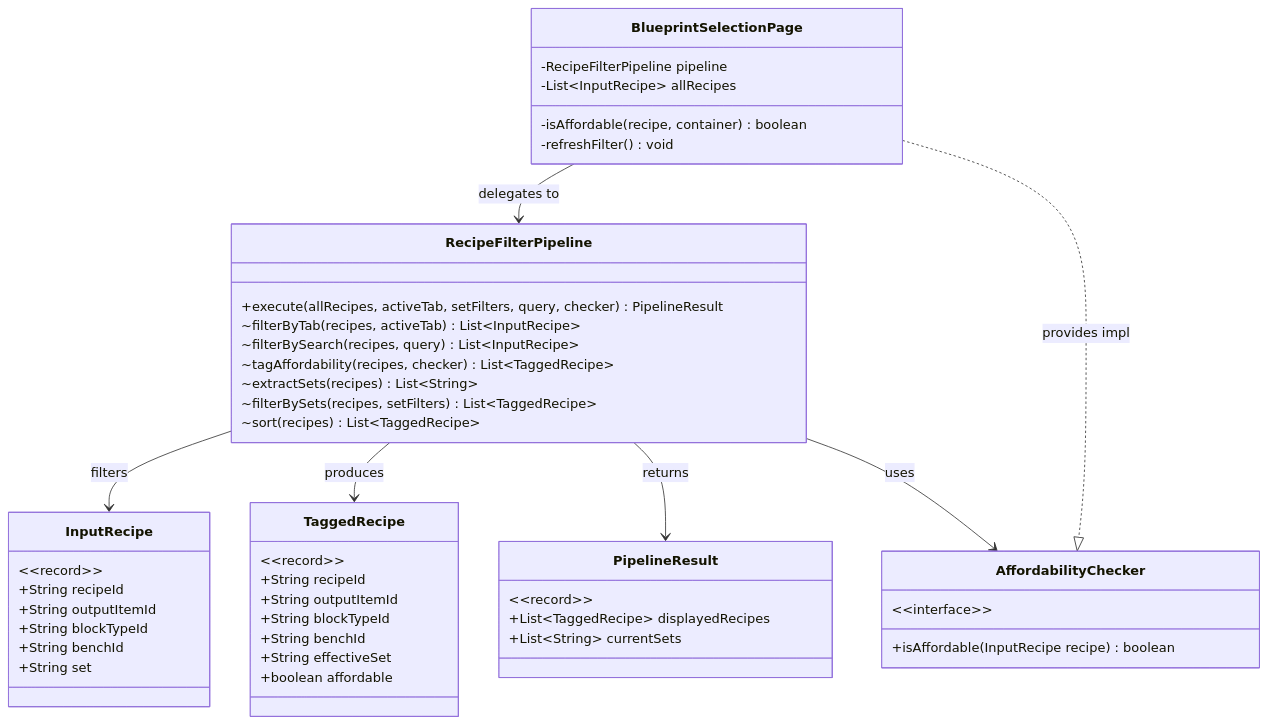
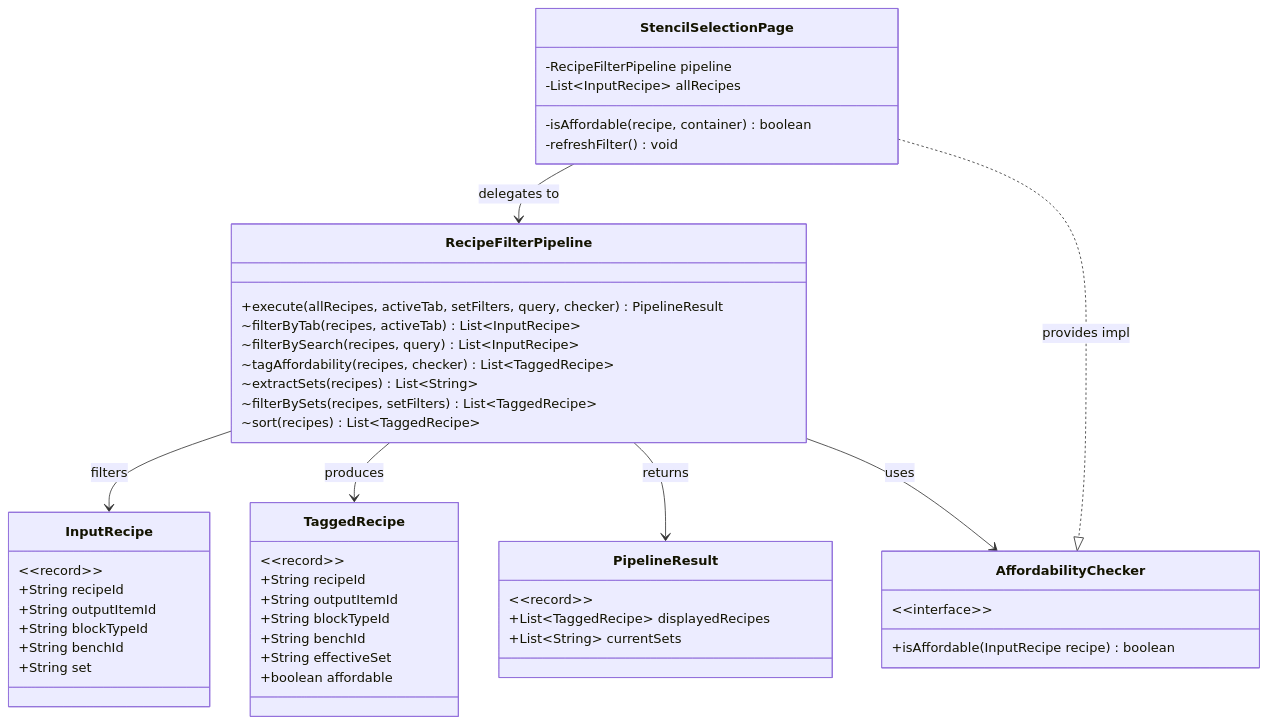
One commit to TheCodeCreature/Hytale-Example-Plugin changed the first of 3 diagrams in docs/Plans/design-recipe-filter-pipeline.md. Above: the diagram before and after it, drawn with Mermaid. The commit also changed other lines of this file and 289 other files, not shown here.

````diff
--- a/docs/Plans/design-recipe-filter-pipeline.md
+++ b/docs/Plans/design-recipe-filter-pipeline.md
@@ -19,56 +19,56 @@
 ```mermaid
 classDiagram
     class RecipeFilterPipeline {
         +execute(allRecipes, activeTab, setFilters, query, checker) PipelineResult
         ~filterByTab(recipes, activeTab) List~InputRecipe~
         ~filterBySearch(recipes, query) List~InputRecipe~
         ~tagAffordability(recipes, checker) List~TaggedRecipe~
         ~extractSets(recipes) List~String~
         ~filterBySets(recipes, setFilters) List~TaggedRecipe~
         ~sort(recipes) List~TaggedRecipe~
     }
 
     class InputRecipe {
         &lt;&lt;record&gt;&gt;
         +String recipeId
         +String outputItemId
         +String blockTypeId
         +String benchId
         +String set
     }
 
     class TaggedRecipe {
         &lt;&lt;record&gt;&gt;
         +String recipeId
         +String outputItemId
         +String blockTypeId
         +String benchId
         +String effectiveSet
         +boolean affordable
     }
 
     class PipelineResult {
         &lt;&lt;record&gt;&gt;
         +List~TaggedRecipe~ displayedRecipes
         +List~String~ currentSets
     }
 
     class AffordabilityChecker {
         &lt;&lt;interface&gt;&gt;
         +isAffordable(InputRecipe recipe) boolean
     }
 
-    class BlueprintSelectionPage {
+    class StencilSelectionPage {
         -RecipeFilterPipeline pipeline
         -List~InputRecipe~ allRecipes
         -isAffordable(recipe, container) boolean
         -refreshFilter() void
     }
 
     RecipeFilterPipeline --> InputRecipe : filters
     RecipeFilterPipeline --> TaggedRecipe : produces
     RecipeFilterPipeline --> PipelineResult : returns
     RecipeFilterPipeline --> AffordabilityChecker : uses
-    BlueprintSelectionPage --> RecipeFilterPipeline : delegates to
-    BlueprintSelectionPage ..|> AffordabilityChecker : provides impl
+    StencilSelectionPage --> RecipeFilterPipeline : delegates to
+    StencilSelectionPage ..|> AffordabilityChecker : provides impl
 ```
````
